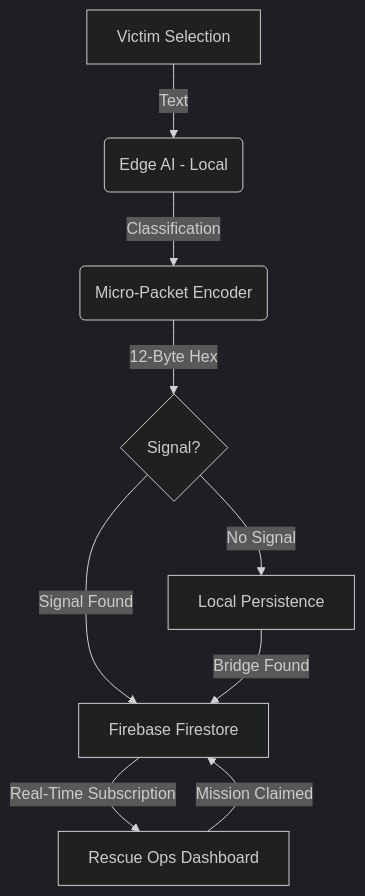
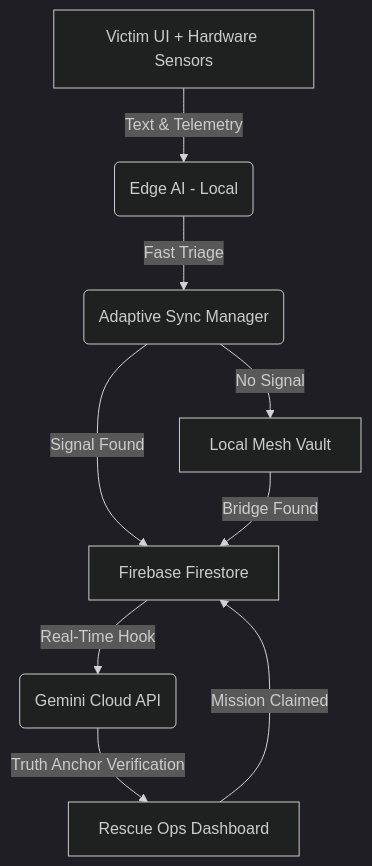
The diagram in TECHNICAL_WALKTHROUGH.md (SinghLV/sync-bridge), drawn with Mermaid (dark theme) before and after one commit. The commit also changed other lines of this file and 15 other files, not shown here.

````diff
--- a/TECHNICAL_WALKTHROUGH.md
+++ b/TECHNICAL_WALKTHROUGH.md
@@ -25,11 +24,11 @@
 ```mermaid
 graph TD
-    A[Victim Selection] -->|Text| B(Edge AI - Local)
-    B -->|Classification| C(Micro-Packet Encoder)
-    C -->|12-Byte Hex| D{Signal?}
-    D -->|No Signal| E[Local Persistence]
-    D -->|Signal Found| F[Firebase Firestore]
-    E -->|Bridge Found| F
-    F -->|Real-Time Subscription| G[Rescue Ops Dashboard]
-    G -->|Mission Claimed| F
+    A[Victim UI + Hardware Sensors] -->|Text & Telemetry| B(Edge AI - Local)
+    B -->|Fast Triage| C(Adaptive Sync Manager)
+    C -->|No Signal| D[Local Mesh Vault]
+    C -->|Signal Found| E[Firebase Firestore]
+    D -->|Bridge Found| E
+    E -->|Real-Time Hook| F(Gemini Cloud API)
+    F -->|Truth Anchor Verification| G[Rescue Ops Dashboard]
+    G -->|Mission Claimed| E
 ```
````
